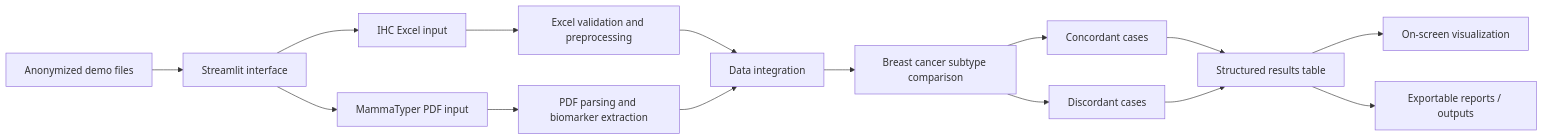
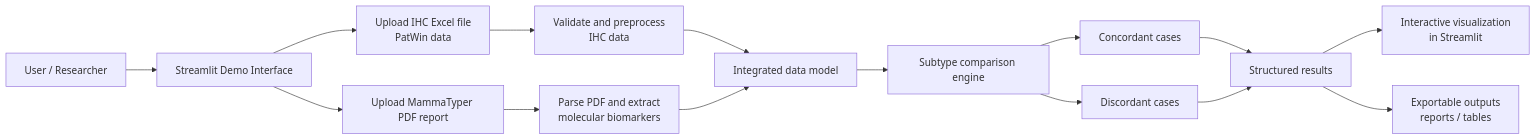
The diagram in README.md (diegoalvrezz/TFG_MammaTyper_Demo), drawn with Mermaid before and after one commit. The commit also changed other lines of this file, not shown here.

Commit message:
Enhance README with updated system workflow diagram
Updated the system workflow diagram to clarify user interactions and processing steps.

````diff
--- a/README.md
+++ b/README.md
@@ -25,22 +27,24 @@
 ```mermaid
 flowchart LR
-    A[Anonymized demo files] --> B[Streamlit interface]
-    B --> C1[IHC Excel input]
-    B --> C2[MammaTyper PDF input]
+    A[User / Researcher] --> B[Streamlit Demo Interface]
 
-    C1 --> D1[Excel validation and preprocessing]
-    C2 --> D2[PDF parsing and biomarker extraction]
+    B --> C1[Upload IHC Excel file<br/>PatWin data]
+    B --> C2[Upload MammaTyper PDF report]
 
-    D1 --> E[Data integration]
+    C1 --> D1[Validate and preprocess<br/>IHC data]
+    C2 --> D2[Parse PDF and extract<br/>molecular biomarkers]
+
+    D1 --> E[Integrated data model]
     D2 --> E
 
-    E --> F[Breast cancer subtype comparison]
+    E --> F[Subtype comparison engine]
+
     F --> G1[Concordant cases]
     F --> G2[Discordant cases]
 
-    G1 --> H[Structured results table]
+    G1 --> H[Structured results]
     G2 --> H
 
-    H --> I[On-screen visualization]
-    H --> J[Exportable reports / outputs]
+    H --> I[Interactive visualization<br/>in Streamlit]
+    H --> J[Exportable outputs<br/>reports / tables]
 ```
````
